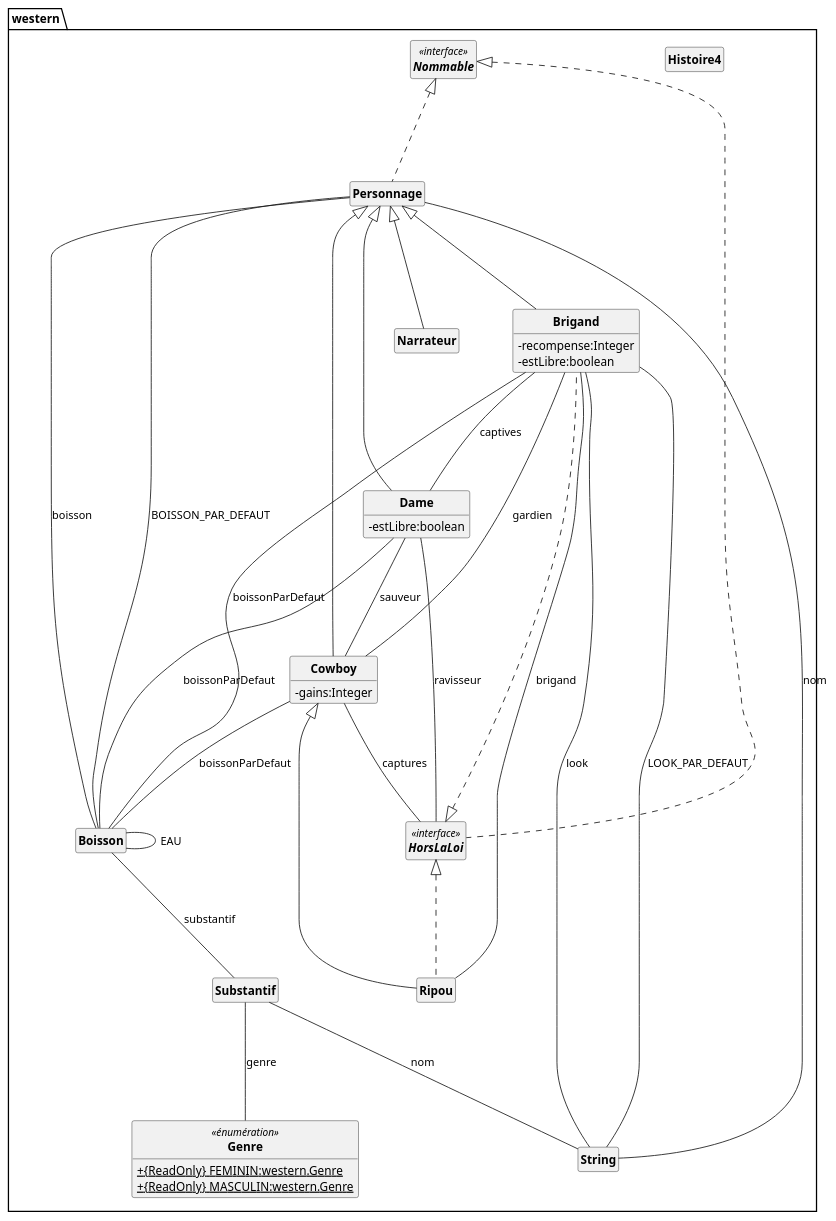
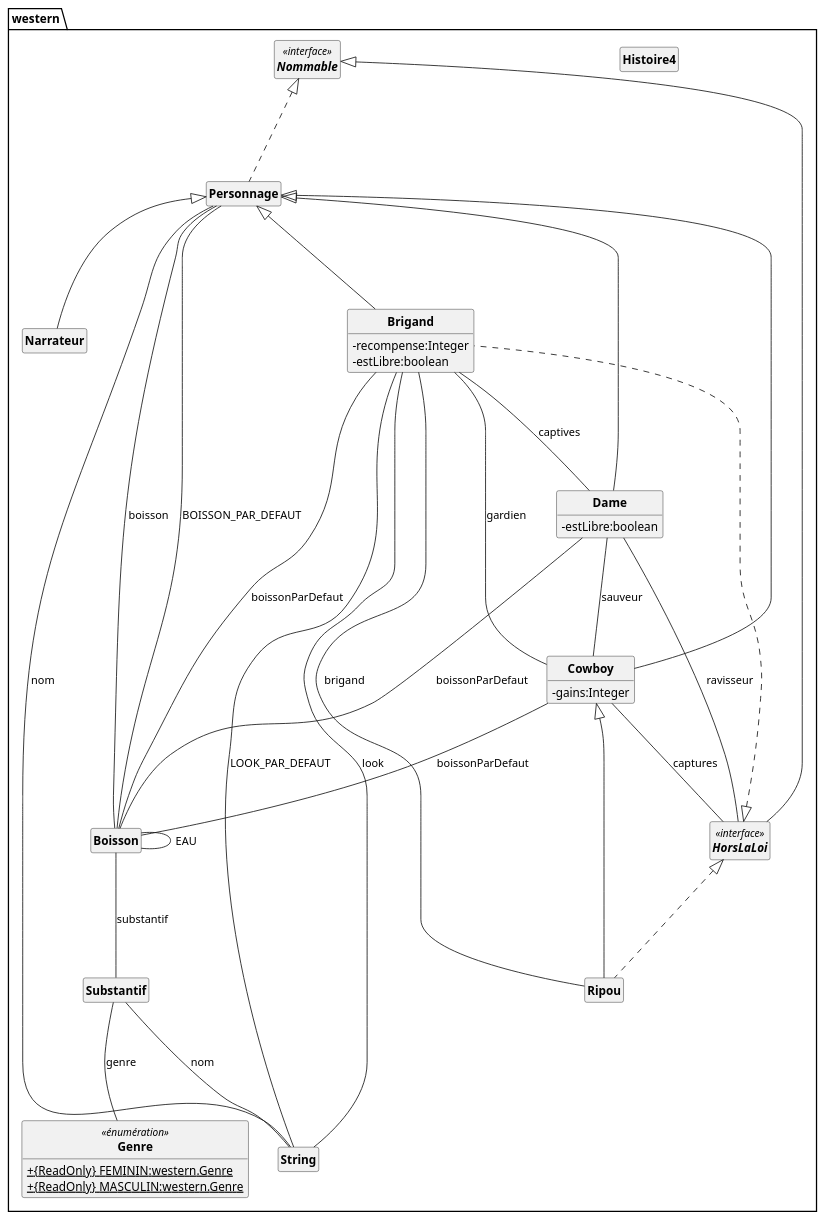
Before and after one commit to Spidermatou/GeneratorUMLFromJava: the diagram in DiagrammeGenere.puml, drawn with PlantUML. The commit also changed 2 other files, not shown here.

```diff
--- a/DiagrammeGenere.puml
+++ b/DiagrammeGenere.puml
@@ -1,118 +1,118 @@
 @startuml
 skinparam classAttributeIconSize 0
 skinparam classFontStyle Bold
 skinparam style strictuml
 hide empty members
 
 package western
 {
+ENUM Genre<<énumération>>
+{
++ {static} {ReadOnly} FEMININ:western.Genre 
++ {static} {ReadOnly} MASCULIN:western.Genre 
+
+}
+CLASS Histoire4
+{
+
+}
+CLASS Personnage
+{
+
+}
+CLASS Boisson
+{
+
+}
 CLASS Brigand
 {
 - recompense:Integer 
 - estLibre:boolean 
 
 }
-CLASS Ripou
+CLASS Narrateur
 {
 
 }
-CLASS Substantif
-{
-
-}
-CLASS Histoire4
-{
-
-}
-INTERFACE Nommable<<interface>>
+INTERFACE HorsLaLoi<<interface>>
 {
 
 }
 CLASS Dame
 {
 - estLibre:boolean 
 
 }
-CLASS Personnage
+CLASS Substantif
+{
+
+}
+CLASS Ripou
+{
+
+}
+INTERFACE Nommable<<interface>>
 {
 
 }
 CLASS Cowboy
 {
 - gains:Integer 
 
 }
-INTERFACE HorsLaLoi<<interface>>
-{
 
-}
-ENUM Genre<<énumération>>
-{
-+ {static} {ReadOnly} FEMININ:western.Genre 
-+ {static} {ReadOnly} MASCULIN:western.Genre 
-
-}
-CLASS Boisson
-{
-
-}
-CLASS Narrateur
-{
-
-}
+Nommable <|... Personnage
 
 HorsLaLoi <|... Brigand
 
+Nommable <|-- HorsLaLoi
+
 HorsLaLoi <|... Ripou
-
-Nommable <|... Personnage
-
-Nommable <|... HorsLaLoi
 
 Personnage <|--- Brigand
 
-Cowboy <|--- Ripou
+Personnage <|--- Narrateur
 
 Personnage <|--- Dame
 
+Cowboy <|--- Ripou
+
 Personnage <|--- Cowboy
 
-Personnage <|--- Narrateur
+Personnage --- Boisson : BOISSON_PAR_DEFAUT
+
+Personnage --- String : nom
+
+Personnage --- Boisson : boisson
+
+Boisson --- Substantif : substantif
+
+Boisson --- Boisson : EAU
 
 Brigand --- String : LOOK_PAR_DEFAUT
 
 Brigand --- String : look
 
 Brigand --- Dame : captives
 
 Brigand --- Cowboy : gardien
 
 Brigand --- Boisson : boissonParDefaut
 
-Ripou --- Brigand : brigand
-
-Substantif --- String : nom
-
-Substantif --- Genre : genre
-
 Dame --- Cowboy : sauveur
 
 Dame --- HorsLaLoi : ravisseur
 
 Dame --- Boisson : boissonParDefaut
 
-Personnage --- Boisson : BOISSON_PAR_DEFAUT
+Substantif --- String : nom
 
-Personnage --- String : nom
+Substantif --- Genre : genre
 
-Personnage --- Boisson : boisson
+Ripou --- Brigand : brigand
 
 Cowboy --- HorsLaLoi : captures
 
 Cowboy --- Boisson : boissonParDefaut
-
-Boisson --- Substantif : substantif
-
-Boisson --- Boisson : EAU
 }
 @enduml
```
